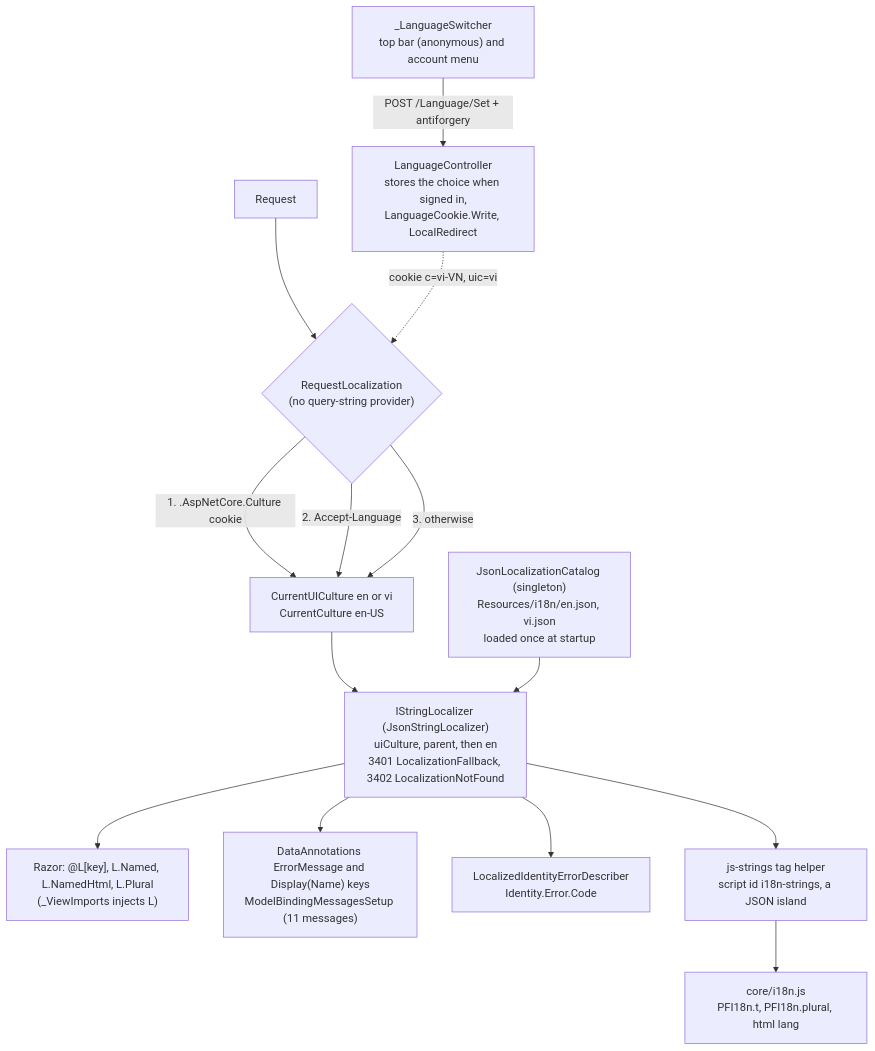
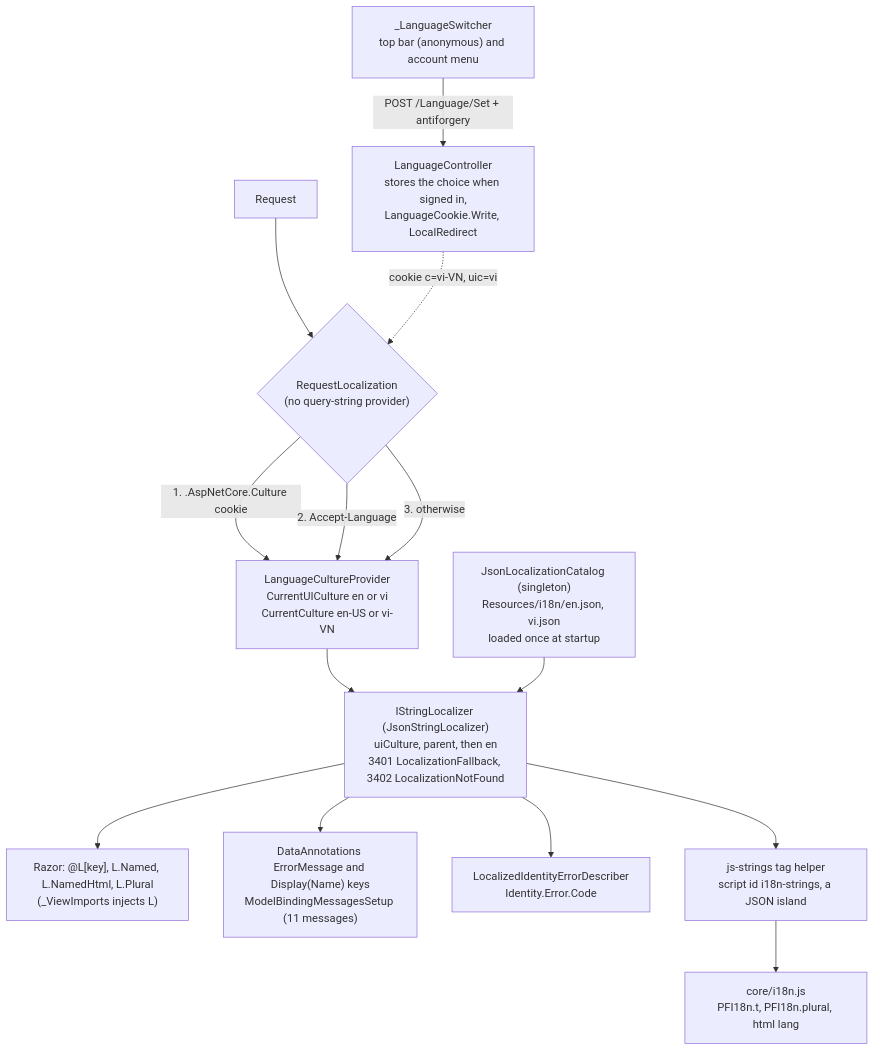
Before and after one commit to tngo0508/PersonalFinance: diagram 22 of 25 in docs/DIAGRAMS.md, drawn with Mermaid. The commit also changed other lines of this file and 2 other files, not shown here.

Commit message:
docs: money formatter and culture diagrams; 7.1.0

````diff
--- a/docs/DIAGRAMS.md
+++ b/docs/DIAGRAMS.md
@@ -1225,15 +1226,15 @@
 ```mermaid
 flowchart TB
     req["Request"] --> rl{"RequestLocalization<br/>(no query-string provider)"}
-    rl -- "1. .AspNetCore.Culture cookie" --> ui["CurrentUICulture en or vi<br/>CurrentCulture en-US"]
+    rl -- "1. .AspNetCore.Culture cookie" --> ui["LanguageCultureProvider<br/>CurrentUICulture en or vi<br/>CurrentCulture en-US or vi-VN"]
     rl -- "2. Accept-Language" --> ui
     rl -- "3. otherwise" --> ui
     ui --> loc["IStringLocalizer (JsonStringLocalizer)<br/>uiCulture, parent, then en<br/>3401 LocalizationFallback, 3402 LocalizationNotFound"]
     cat["JsonLocalizationCatalog (singleton)<br/>Resources/i18n/en.json, vi.json<br/>loaded once at startup"] --> loc
     loc --> razor["Razor: @L[key], L.Named, L.NamedHtml, L.Plural<br/>(_ViewImports injects L)"]
     loc --> da["DataAnnotations ErrorMessage and Display(Name) keys<br/>ModelBindingMessagesSetup (11 messages)"]
     loc --> idn["LocalizedIdentityErrorDescriber<br/>Identity.Error.Code"]
     loc --> js["js-strings tag helper<br/>script id i18n-strings, a JSON island"] --> pfi["core/i18n.js<br/>PFI18n.t, PFI18n.plural, html lang"]
     sw["_LanguageSwitcher<br/>top bar (anonymous) and account menu"] -- "POST /Language/Set + antiforgery" --> lc["LanguageController<br/>stores the choice when signed in,<br/>LanguageCookie.Write, LocalRedirect"]
     lc -. "cookie c=vi-VN, uic=vi" .-> rl
 ```
````
